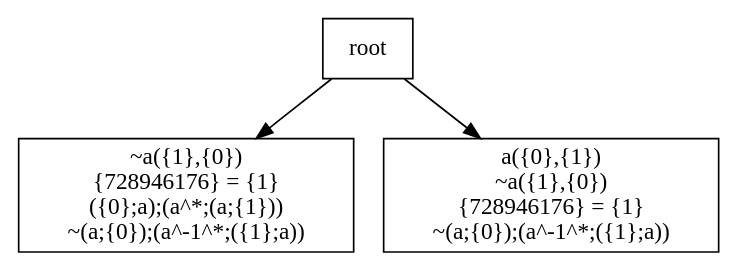
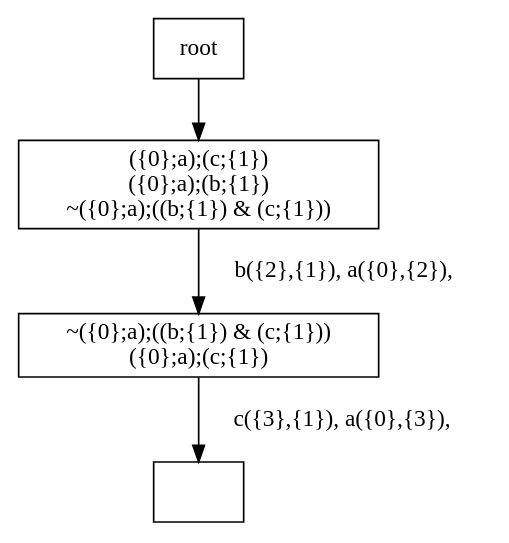
The diagram in output/regular-debug.dot (jangreen/rat), drawn with Graphviz before and after one commit. The commit also changed 9 other files, not shown here.

```diff
--- a/output/regular-debug.dot
+++ b/output/regular-debug.dot
@@ -1,15 +1,16 @@
 digraph {
 node[shape="box"]
-N0x12d104d40[label="~a({1},{0})
-{728946176} = {1}
-({0};a);(a^*;(a;{1}))
-~(a;{0});(a^-1^*;({1};a))
+N0x147705080[label="({0};a);(c;{1})
+({0};a);(b;{1})
+~({0};a);((b;{1}) & (c;{1}))
 "];
-root -> N0x12d104d40;
-N0x12d104e70[label="a({0},{1})
-~a({1},{0})
-{728946176} = {1}
-~(a;{0});(a^-1^*;({1};a))
+N0x147705080 -> N0x147709a80[label="b({2},{1}), a({0},{2}), 
 "];
-root -> N0x12d104e70;
+N0x147709a80[label="~({0};a);((b;{1}) & (c;{1}))
+({0};a);(c;{1})
+"];
+N0x147709a80 -> N0x147707400[label="c({3},{1}), a({0},{3}), 
+"];
+N0x147707400[label=""];
+root -> N0x147705080;
 }
```
